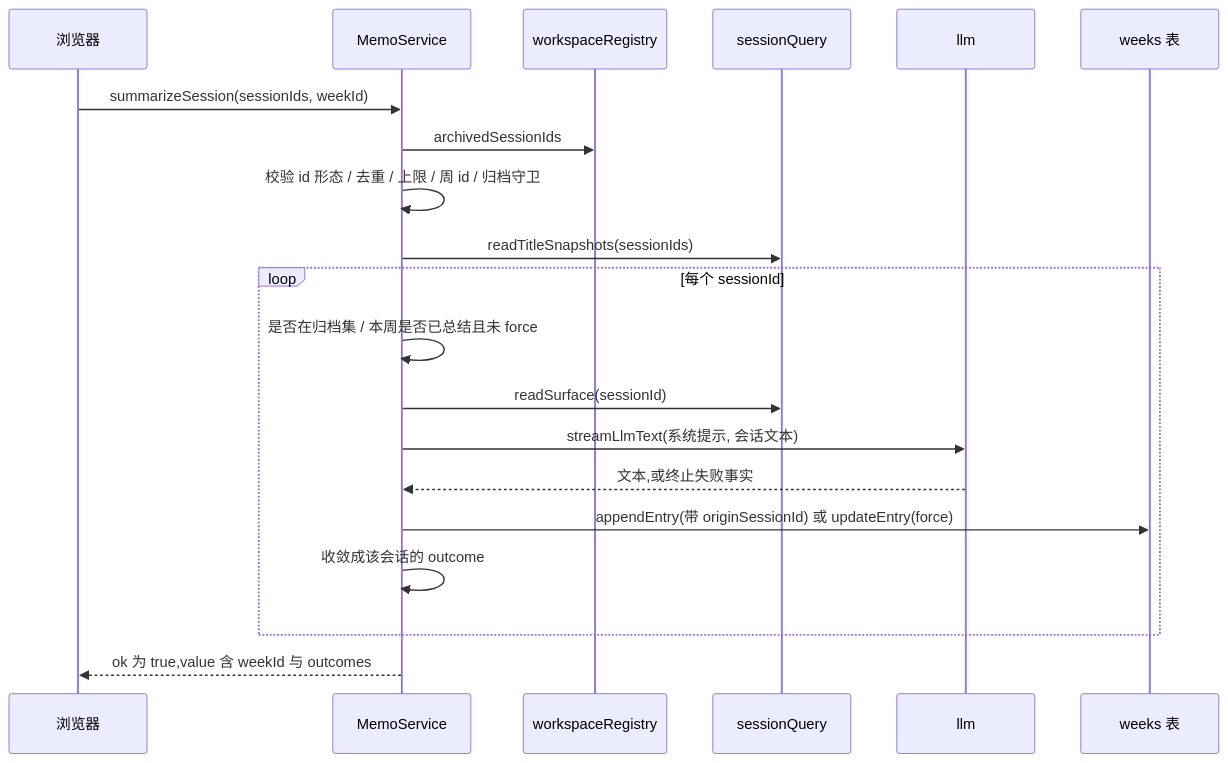
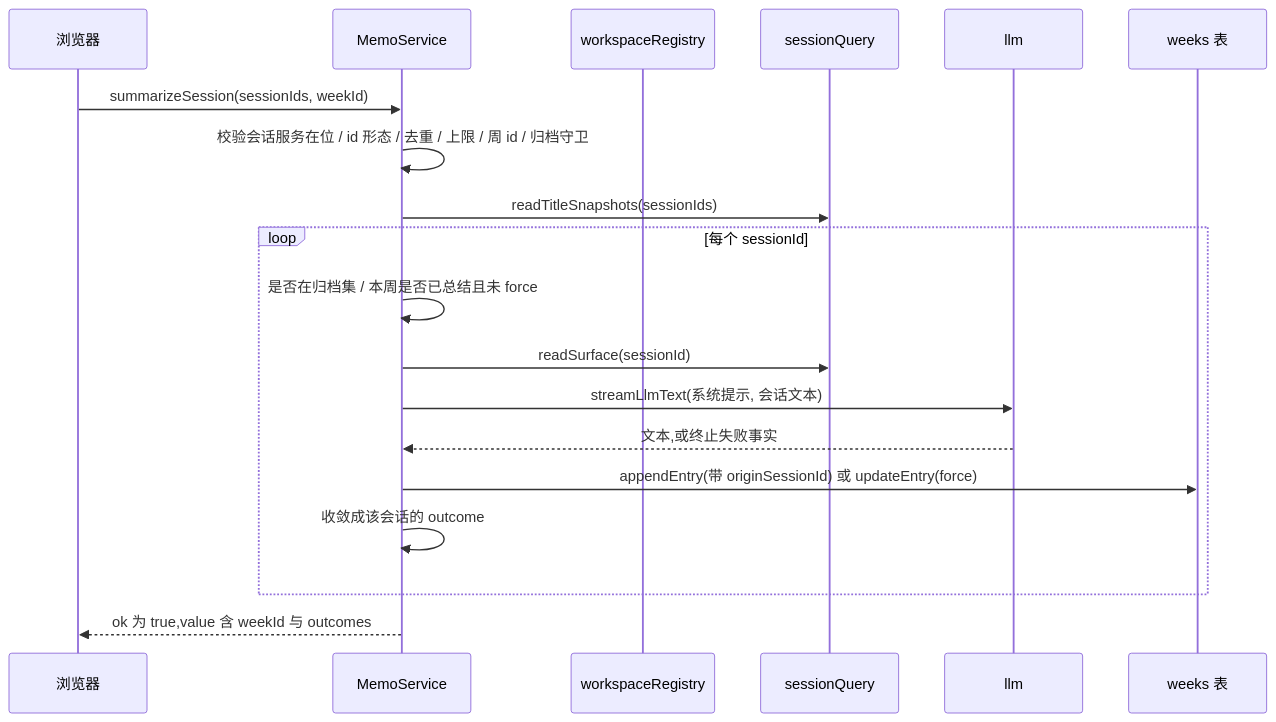
The third of 3 diagrams in openwiki/systems/memo-service.md (zhangj1164/dsh-mega-plugins), drawn with Mermaid before and after one commit. The commit also changed other lines of this file and 15 other files, not shown here.

````diff
--- a/openwiki/systems/memo-service.md
+++ b/openwiki/systems/memo-service.md
@@ -172,22 +233,21 @@
 ```mermaid
 sequenceDiagram
   participant Board as 浏览器
   participant Svc as MemoService
   participant Reg as workspaceRegistry
   participant Query as sessionQuery
   participant Llm as llm
   participant Store as weeks 表
   Board->>Svc: summarizeSession(sessionIds, weekId)
-  Svc->>Reg: archivedSessionIds
-  Svc->>Svc: 校验 id 形态 / 去重 / 上限 / 周 id / 归档守卫
+  Svc->>Svc: 校验会话服务在位 / id 形态 / 去重 / 上限 / 周 id / 归档守卫
   Svc->>Query: readTitleSnapshots(sessionIds)
   loop 每个 sessionId
     Svc->>Svc: 是否在归档集 / 本周是否已总结且未 force
     Svc->>Query: readSurface(sessionId)
     Svc->>Llm: streamLlmText(系统提示, 会话文本)
     Llm-->>Svc: 文本,或终止失败事实
     Svc->>Store: appendEntry(带 originSessionId) 或 updateEntry(force)
     Svc->>Svc: 收敛成该会话的 outcome
   end
   Svc-->>Board: ok 为 true,value 含 weekId 与 outcomes
 ```
````
